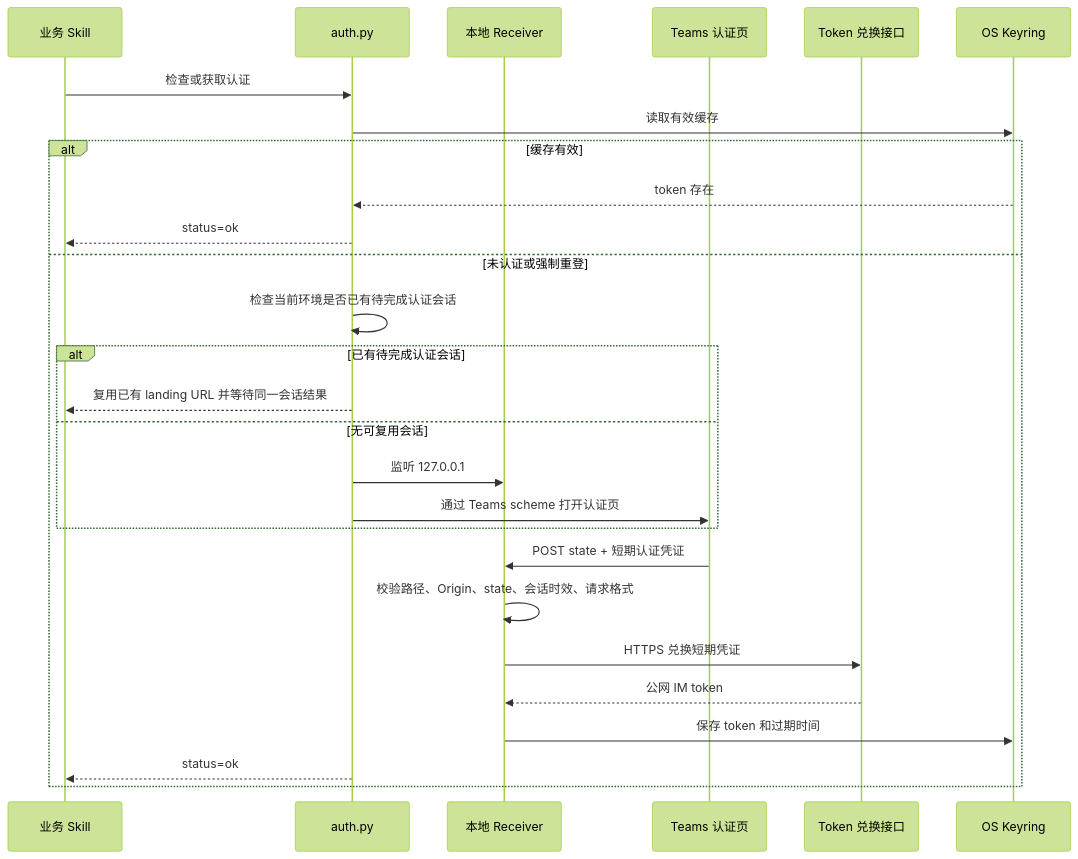
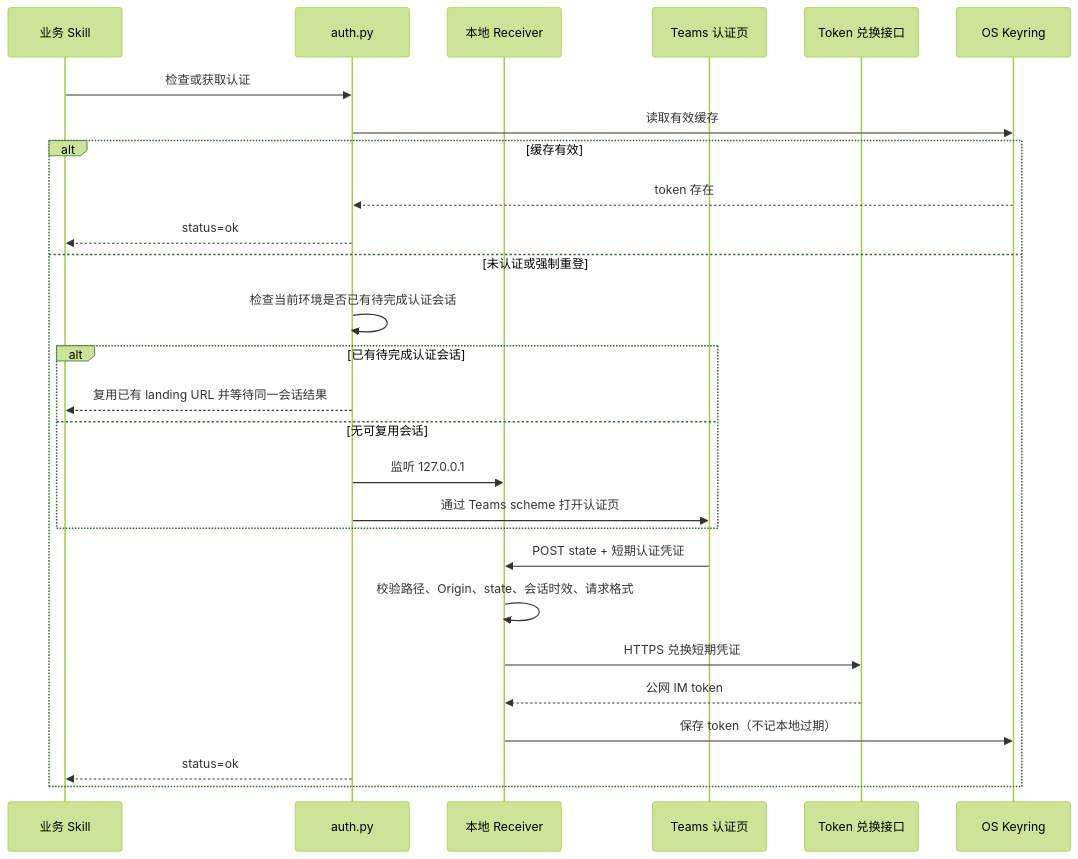
One commit to TinySing/codex-skills changed the diagram in im-teams-auth/docs/ARCHITECTURE.md. Above: the diagram before and after it, drawn with Mermaid (forest theme). The commit also changed other lines of this file and 9 other files, not shown here.

````diff
--- a/im-teams-auth/docs/ARCHITECTURE.md
+++ b/im-teams-auth/docs/ARCHITECTURE.md
@@ -48,30 +48,30 @@
 ```mermaid
 sequenceDiagram
   participant Caller as 业务 Skill
   participant Auth as auth.py
   participant Receiver as 本地 Receiver
   participant Teams as Teams 认证页
   participant Exchange as Token 兑换接口
   participant Keyring as OS Keyring
 
   Caller->>Auth: 检查或获取认证
   Auth->>Keyring: 读取有效缓存
   alt 缓存有效
     Keyring-->>Auth: token 存在
     Auth-->>Caller: status=ok
   else 未认证或强制重登
     Auth->>Auth: 检查当前环境是否已有待完成认证会话
     alt 已有待完成认证会话
       Auth-->>Caller: 复用已有 landing URL 并等待同一会话结果
     else 无可复用会话
       Auth->>Receiver: 监听 127.0.0.1
       Auth->>Teams: 通过 Teams scheme 打开认证页
     end
     Teams->>Receiver: POST state + 短期认证凭证
     Receiver->>Receiver: 校验路径、Origin、state、会话时效、请求格式
     Receiver->>Exchange: HTTPS 兑换短期凭证
     Exchange-->>Receiver: 公网 IM token
-    Receiver->>Keyring: 保存 token 和过期时间
+    Receiver->>Keyring: 保存 token（不记本地过期）
     Auth-->>Caller: status=ok
   end
 ```
````
